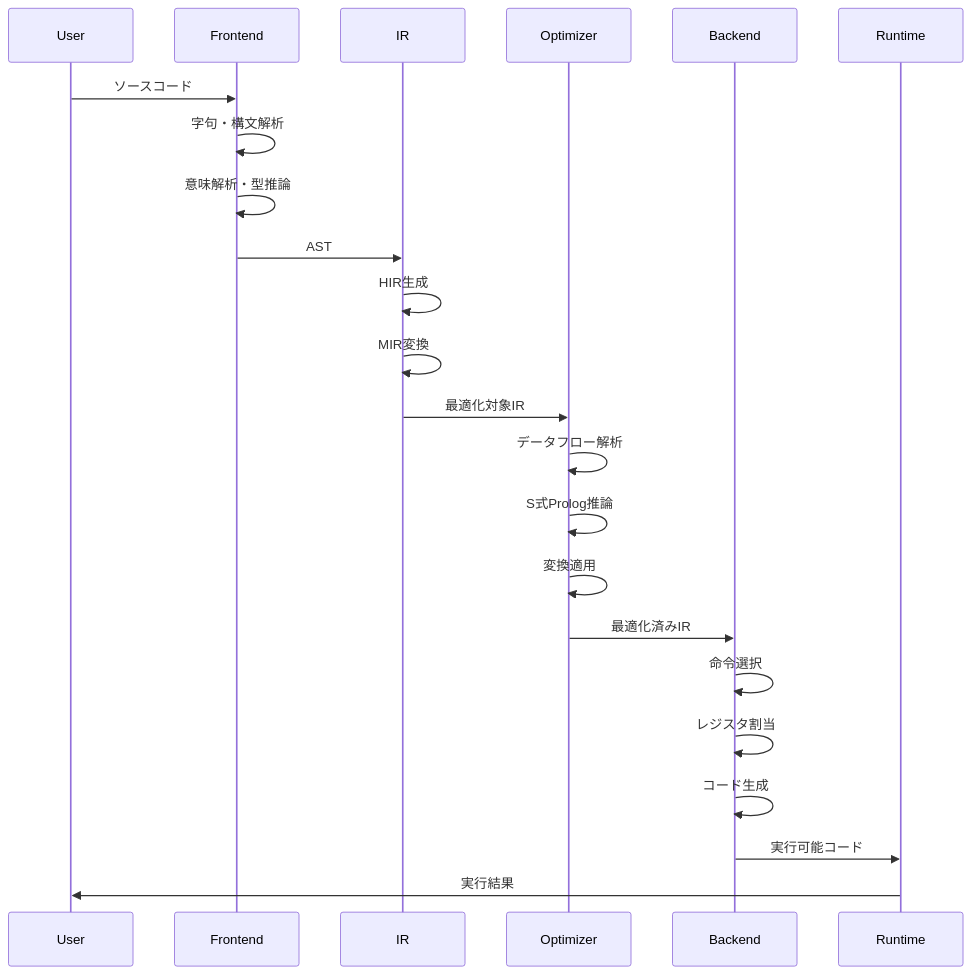
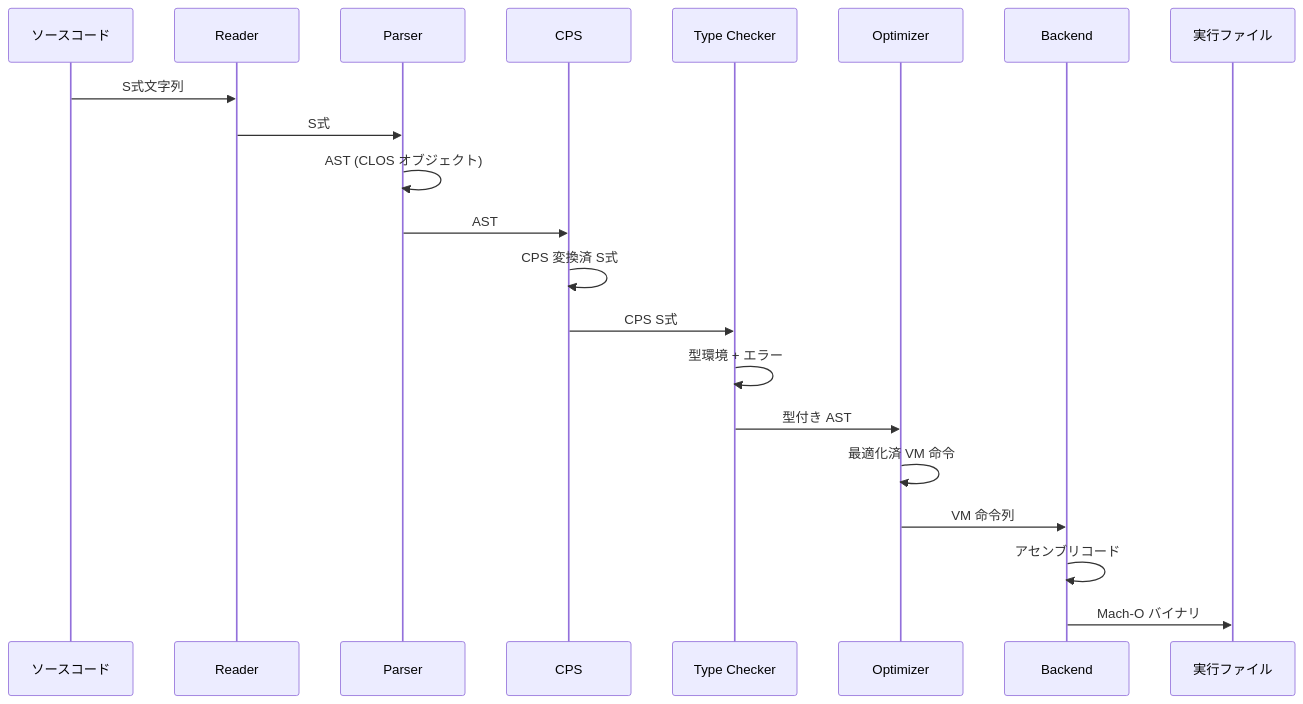
One commit to takeokunn/cl-cc changed the second of 5 diagrams in docs/ARCHITECTURE.md. Above: the diagram before and after it, drawn with Mermaid. The commit also changed other lines of this file and 109 other files, not shown here.

````diff
--- a/docs/ARCHITECTURE.md
+++ b/docs/ARCHITECTURE.md
@@ -102,30 +533,24 @@
 ```mermaid
 sequenceDiagram
-    participant User
-    participant Frontend
-    participant IR
-    participant Optimizer
-    participant Backend
-    participant Runtime
+    participant S as ソースコード
+    participant R as Reader
+    participant P as Parser
+    participant C as CPS
+    participant T as Type Checker
+    participant O as Optimizer
+    participant B as Backend
+    participant E as 実行ファイル
 
-    User->>Frontend: ソースコード
-    Frontend->>Frontend: 字句・構文解析
-    Frontend->>Frontend: 意味解析・型推論
-    Frontend->>IR: AST
-
-    IR->>IR: HIR生成
-    IR->>IR: MIR変換
-    IR->>Optimizer: 最適化対象IR
-
-    Optimizer->>Optimizer: データフロー解析
-    Optimizer->>Optimizer: S式Prolog推論
-    Optimizer->>Optimizer: 変換適用
-    Optimizer->>Backend: 最適化済みIR
-
-    Backend->>Backend: 命令選択
-    Backend->>Backend: レジスタ割当
-    Backend->>Backend: コード生成
-    Backend->>Runtime: 実行可能コード
-
-    Runtime->>User: 実行結果
+    S->>R: S式文字列
+    R->>P: S式
+    P->>P: AST (CLOS オブジェクト)
+    P->>C: AST
+    C->>C: CPS 変換済 S式
+    C->>T: CPS S式
+    T->>T: 型環境 + エラー
+    T->>O: 型付き AST
+    O->>O: 最適化済 VM 命令
+    O->>B: VM 命令列
+    B->>B: アセンブリコード
+    B->>E: Mach-O バイナリ
 ```
````
